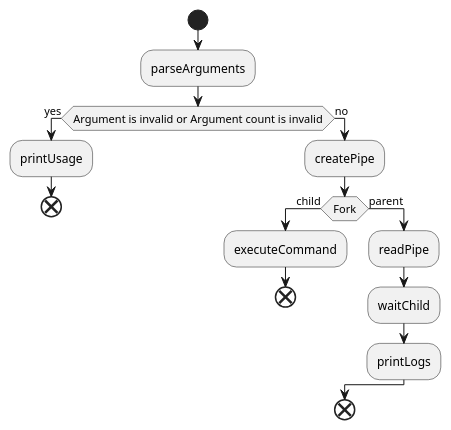
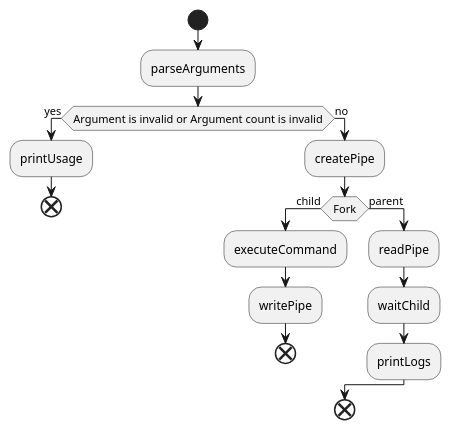
Before and after one commit to GtuOdevlerEmirhanAltunel/CSE344-2025-HW1: the first of 10 diagrams in README.md, drawn with PlantUML. The commit also changed 2 other files, not shown here.

Commit message:
Update Makefile to include README files in archive targets and add writePipe step in README.md

````diff
--- a/README.md
+++ b/README.md
@@ -32,20 +32,21 @@
 ```plantuml
 @startuml
 start
 :parseArguments;
 if (Argument is invalid or Argument count is invalid) then (yes)
   :printUsage;
   end
 else (no)
   :createPipe;
   if (Fork) then (child)
     :executeCommand;
+    :writePipe;
     end
   else (parent)
     :readPipe;
     :waitChild;
     :printLogs;
   endif
 end
 @enduml
 ```
````
